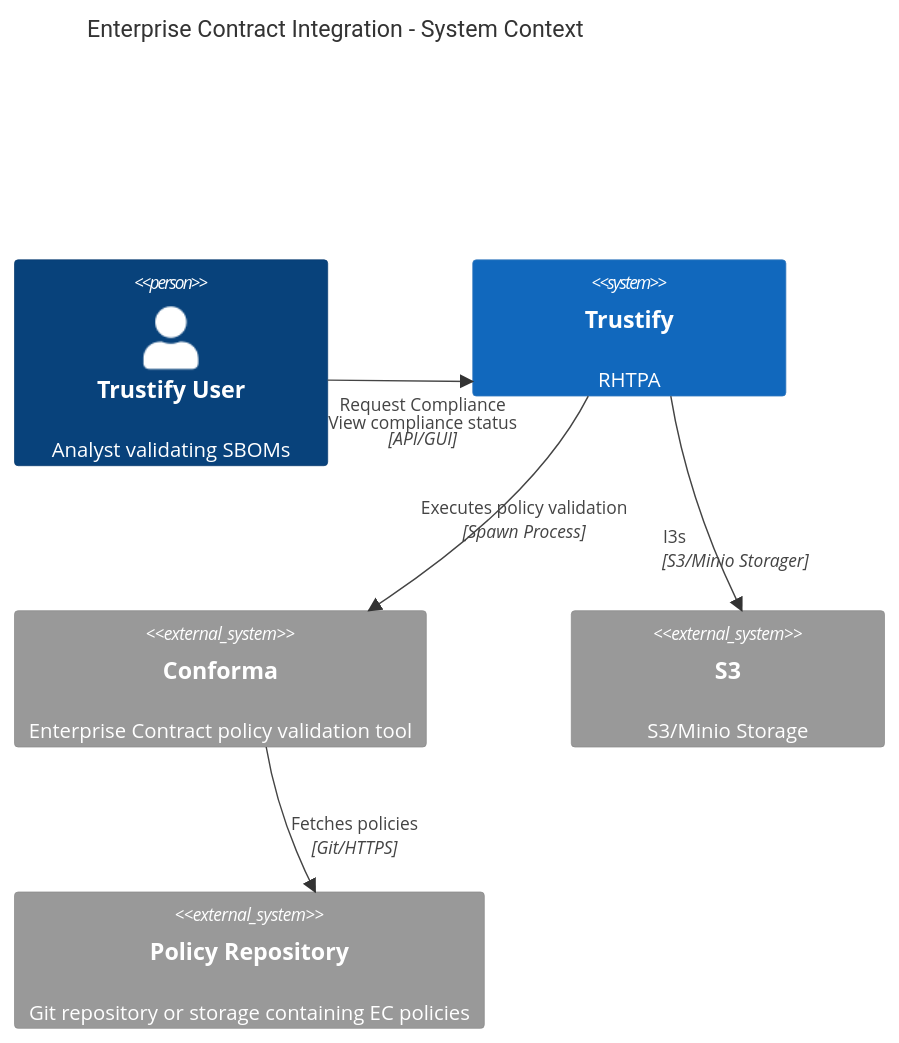
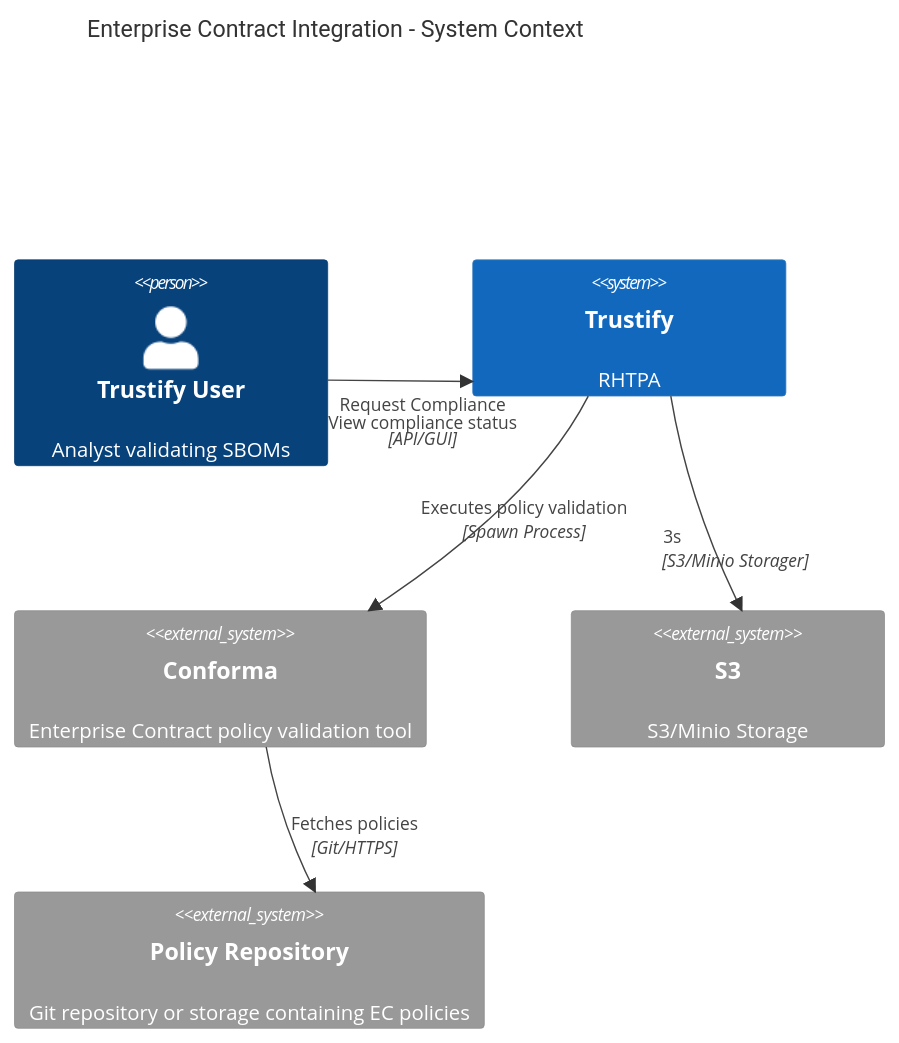
The first of 4 diagrams in docs/adrs/00012-enterprise-contract-integration.md (gildub/trustify), drawn with Mermaid before and after one commit. The commit also changed other lines of this file, not shown here.

````diff
--- a/docs/adrs/00012-enterprise-contract-integration.md
+++ b/docs/adrs/00012-enterprise-contract-integration.md
@@ -67,22 +67,22 @@
 ```mermaid
 C4Context
     title Enterprise Contract Integration - System Context
 
     Person(user, "Trustify User", "Analyst validating SBOMs")
 
     System(trustify, "Trustify", "RHTPA")
 
     System_Ext(conforma, "Conforma", "Enterprise Contract policy validation tool")
     System_Ext(s3, "S3", "S3/Minio Storage")
     System_Ext(policyRepo, "Policy Repository", "Git repository or storage containing EC policies")
 
     Rel(user, trustify, "Request Compliance<br/>View compliance status", "API/GUI")
     Rel(trustify, conforma, "Executes policy validation", "Spawn Process")
     Rel(conforma, policyRepo, "Fetches policies", "Git/HTTPS")
-    Rel(trustify, s3, "I3s", S3/Minio Storager, trustify, $offsetX="-30", $offsetY="+20")
+    Rel(trustify, s3, "3s", S3/Minio Storager, trustify, $offsetX="-30", $offsetY="+20")
 
     UpdateRelStyle(trustify, conforma, $offsetX="-40")
     UpdateRelStyle(user, trustify, $offsetX="-50", $offsetY="20")
 
     UpdateLayoutConfig($c4ShapeInRow="2", $c4BoundaryInRow="1")
 ```
````
